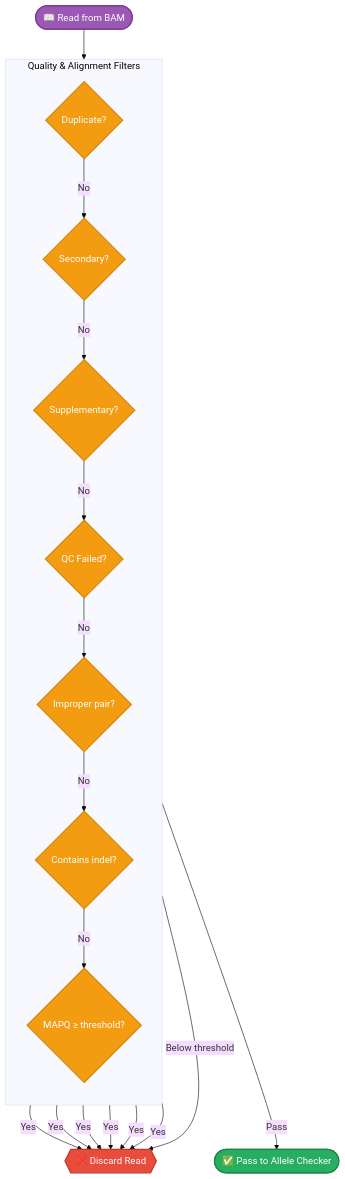
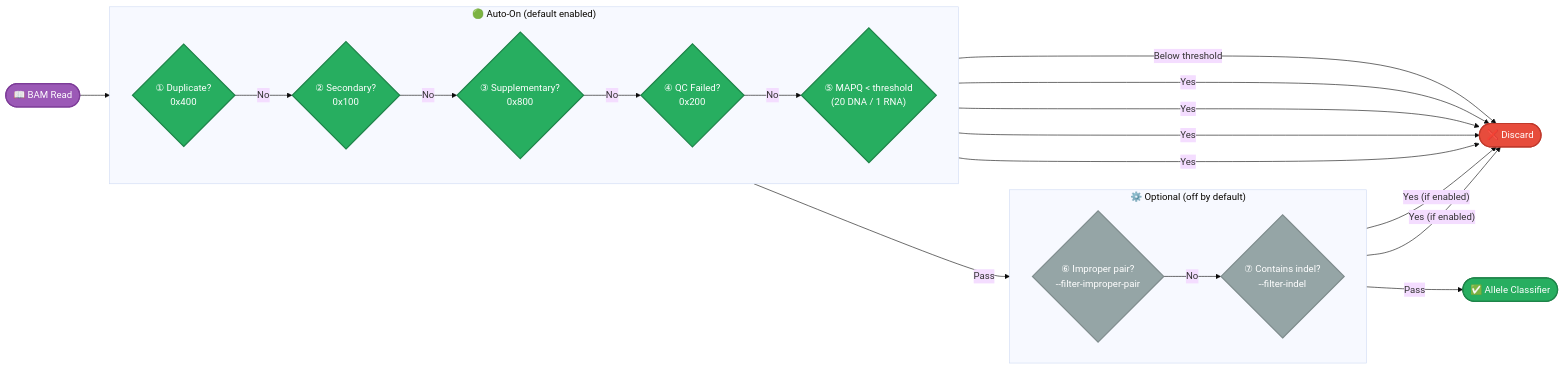
Before and after one commit to msk-access/gbcms: the first of 2 diagrams in docs/reference/read-filters.md, drawn with Mermaid (base theme). The commit also changed 2 other files, not shown here.

Commit message:
docs: batch 1+2 mermaid diagram improvements
Batch 1 — allele-classification.md (5 diagrams):
- D15: Dispatch node → hexagon {{...}}, cleaner edge labels, remove redundant else branch
- D19: MNP collapse 4 duplicate fallback terminals → 1 shared CPX node
- D20: Three-phase algorithm → stateDiagram-v2 overview + 3 focused flowcharts
  (Phase 1+2 detail TD, Phase 2.5 edit-distance TD, Phase 3 WFA→PairHMM LR)
- D17: Insertion split into Part A (CIGAR strict LR) + Part B (windowed scan TD)
- D18: Deletion split into Part A (CIGAR LR) + Part B (windowed TD) + Part C (eval+interior-REF guard TD)
- Fix stale 'Smith-Waterman arbitration' → 'Phase 3 WFA+PairHMM' in insertion prose

Batch 2 — counting-metrics.md + read-filters.md (5 diagrams):
- D11: Overview adds read-level vs fragment-level swim-lane subgraphs
- D12: Read counting shifted-indel path highlighted in orange (DPShifted node)
- D13: Fragment tracking split into Phase A (QNAME hashing LR) + Phase B (consensus TD)
- D14: Strand bias removes broken table-as-nodes; adds prose markdown 2x2 table + clean flowchart
- D9: Filter cascade refactored into swim-lane: Auto-On (green) vs Optional (grey) subgraphs

````diff
--- a/docs/reference/read-filters.md
+++ b/docs/reference/read-filters.md
@@ -15,46 +15,42 @@
 ```mermaid
-flowchart TD
-    Start([📖 Read from BAM]):::process
+flowchart LR
+    Start(["📖 BAM Read"]):::start
 
-    subgraph Filters [Quality & Alignment Filters]
-        direction TB
-        F1{Duplicate?}:::decision
-        F2{Secondary?}:::decision
-        F3{Supplementary?}:::decision
-        F4{QC Failed?}:::decision
-        F5{Improper pair?}:::decision
-        F6{Contains indel?}:::decision
-        F7{MAPQ ≥ threshold?}:::decision
+    subgraph Auto ["🟢 Auto-On (default enabled)"]
+        direction LR
+        F1{"① Duplicate?\n0x400"}:::on
+        F2{"② Secondary?\n0x100"}:::on
+        F3{"③ Supplementary?\n0x800"}:::on
+        F4{"④ QC Failed?\n0x200"}:::on
+        F5{"⑤ MAPQ < threshold\n(20 DNA / 1 RNA)"}:::on
+        F1 -->|No| F2
+        F2 -->|No| F3
+        F3 -->|No| F4
+        F4 -->|No| F5
     end
 
-    Drop{{❌ Discard Read}}:::discard
-    Pass([✅ Pass to Allele Checker]):::success
+    subgraph Opt ["⚙️ Optional (off by default)"]
+        direction LR
+        O1{"⑥ Improper pair?\n--filter-improper-pair"}:::off
+        O2{"⑦ Contains indel?\n--filter-indel"}:::off
+        O1 -->|No| O2
+    end
 
     Start --> F1
+    F5 -->|Pass| O1
+    O2 -->|Pass| Done(["✅ Allele Classifier"]):::pass
 
-    F1 -- "Yes" --> Drop
-    F1 -- "No" --> F2
+    F1 -->|Yes| Drop(["❌ Discard"]):::drop
+    F2 -->|Yes| Drop
+    F3 -->|Yes| Drop
+    F4 -->|Yes| Drop
+    F5 -->|Below threshold| Drop
+    O1 -->|"Yes (if enabled)"| Drop
+    O2 -->|"Yes (if enabled)"| Drop
 
-    F2 -- "Yes" --> Drop
-    F2 -- "No" --> F3
-
-    F3 -- "Yes" --> Drop
-    F3 -- "No" --> F4
-
-    F4 -- "Yes" --> Drop
-    F4 -- "No" --> F5
-
-    F5 -- "Yes" --> Drop
-    F5 -- "No" --> F6
-
-    F6 -- "Yes" --> Drop
-    F6 -- "No" --> F7
-
-    F7 -- "Below threshold" --> Drop
-    F7 -- "Pass" --> Pass
-
-    classDef process fill:#9b59b6,color:#fff,stroke:#7d3c98,stroke-width:2px;
-    classDef decision fill:#f39c12,color:#fff,stroke:#d68910,stroke-width:2px;
-    classDef discard fill:#e74c3c,color:#fff,stroke:#c0392b,stroke-width:2px;
-    classDef success fill:#27ae60,color:#fff,stroke:#1e8449,stroke-width:2px;
+    classDef start fill:#9b59b6,color:#fff,stroke:#7d3c98,stroke-width:2px;
+    classDef on fill:#27ae60,color:#fff,stroke:#1e8449,stroke-width:2px;
+    classDef off fill:#95a5a6,color:#fff,stroke:#7f8c8d,stroke-width:2px;
+    classDef pass fill:#27ae60,color:#fff,stroke:#1e8449,stroke-width:2px;
+    classDef drop fill:#e74c3c,color:#fff,stroke:#c0392b,stroke-width:2px;
 ```
````
